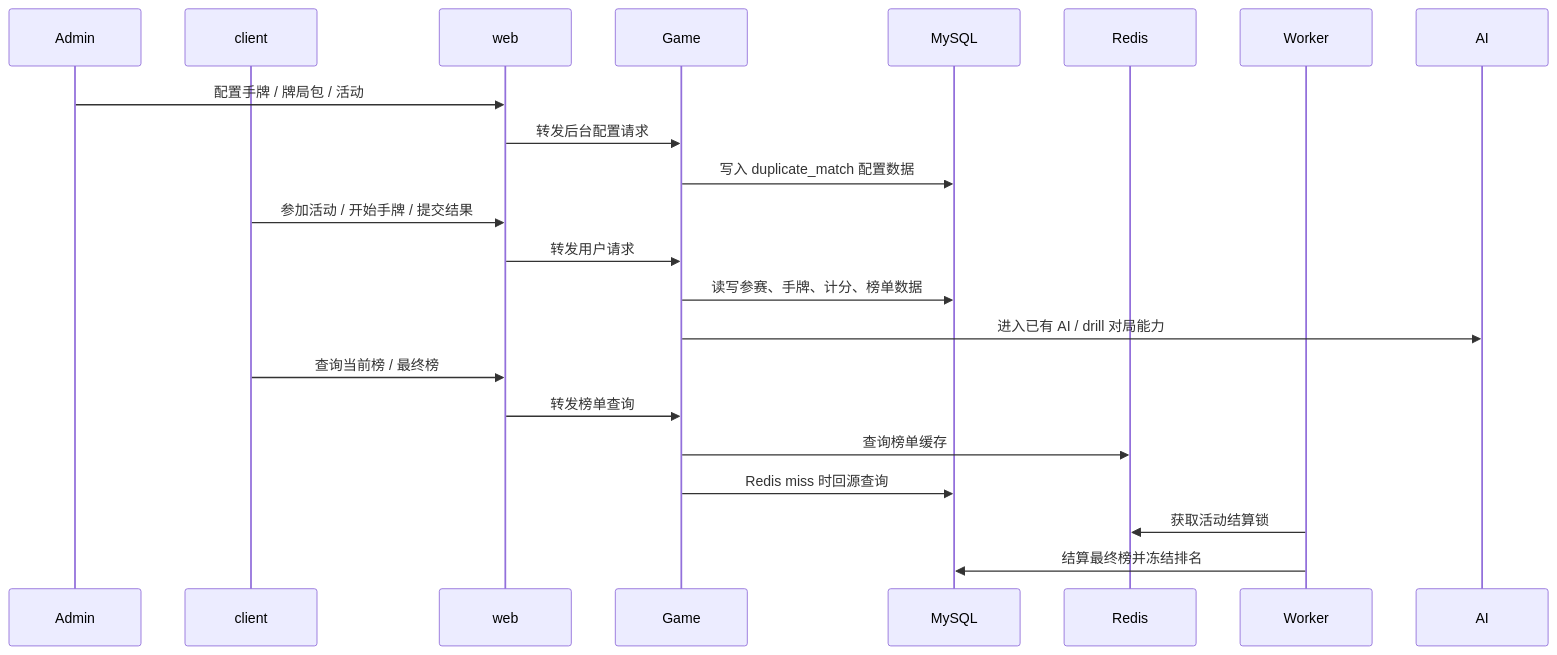
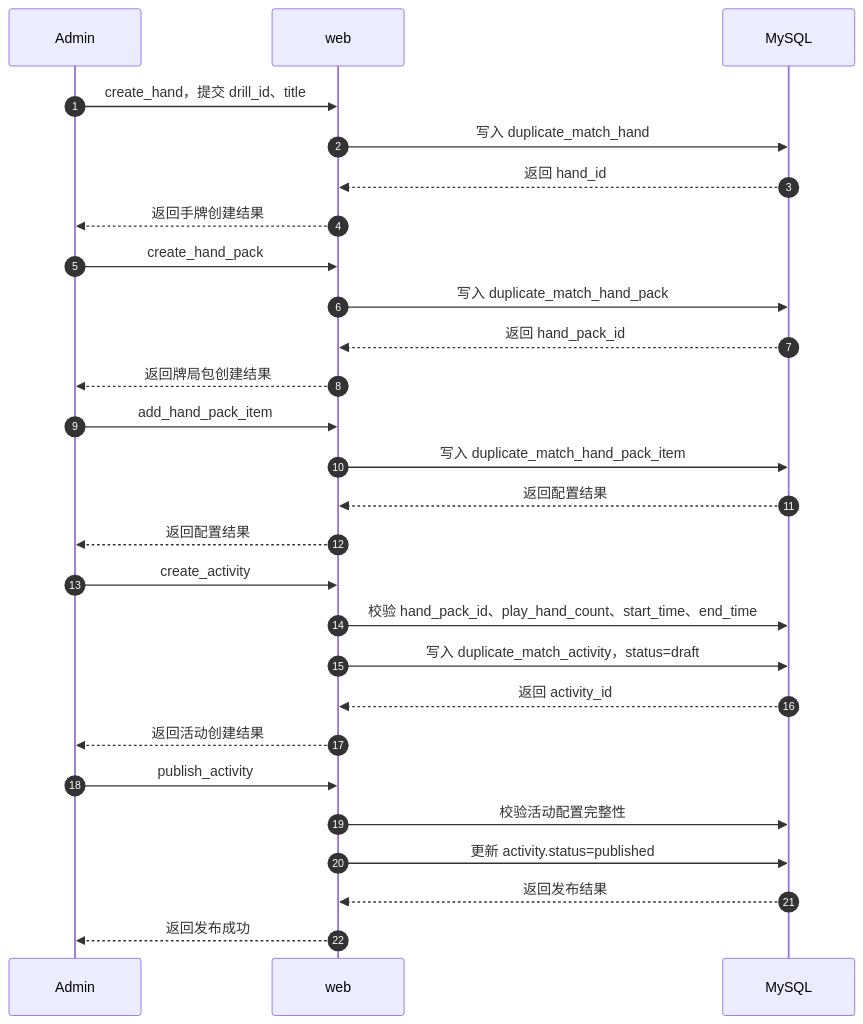
One commit to zdl20251023-pixel/agent-frame changed the second of 12 diagrams in docs/复述扑克/评审02/02-设计文档.md. Above: the diagram before and after it, drawn with Mermaid. The commit also changed other lines of this file and 1 other file, not shown here.

````diff
--- a/docs/复述扑克/评审02/02-设计文档.md
+++ b/docs/复述扑克/评审02/02-设计文档.md
@@ -41,28 +159,34 @@
 ```mermaid
 sequenceDiagram
+    autonumber
     participant Admin
-    participant client
     participant web
-    participant Game
     participant MySQL
-    participant Redis
-    participant Worker
-    participant AI
 
-    Admin->>web: 配置手牌 / 牌局包 / 活动
-    web->>Game: 转发后台配置请求
-    Game->>MySQL: 写入 duplicate_match 配置数据
+    Admin->>web: create_hand，提交 drill_id、title
+    web->>MySQL: 写入 duplicate_match_hand
+    MySQL-->>web: 返回 hand_id
+    web-->>Admin: 返回手牌创建结果
 
-    client->>web: 参加活动 / 开始手牌 / 提交结果
-    web->>Game: 转发用户请求
-    Game->>MySQL: 读写参赛、手牌、计分、榜单数据
-    Game->>AI: 进入已有 AI / drill 对局能力
+    Admin->>web: create_hand_pack
+    web->>MySQL: 写入 duplicate_match_hand_pack
+    MySQL-->>web: 返回 hand_pack_id
+    web-->>Admin: 返回牌局包创建结果
 
-    client->>web: 查询当前榜 / 最终榜
-    web->>Game: 转发榜单查询
-    Game->>Redis: 查询榜单缓存
-    Game->>MySQL: Redis miss 时回源查询
+    Admin->>web: add_hand_pack_item
+    web->>MySQL: 写入 duplicate_match_hand_pack_item
+    MySQL-->>web: 返回配置结果
+    web-->>Admin: 返回配置结果
 
-    Worker->>Redis: 获取活动结算锁
-    Worker->>MySQL: 结算最终榜并冻结排名
+    Admin->>web: create_activity
+    web->>MySQL: 校验 hand_pack_id、play_hand_count、start_time、end_time
+    web->>MySQL: 写入 duplicate_match_activity，status=draft
+    MySQL-->>web: 返回 activity_id
+    web-->>Admin: 返回活动创建结果
+
+    Admin->>web: publish_activity
+    web->>MySQL: 校验活动配置完整性
+    web->>MySQL: 更新 activity.status=published
+    MySQL-->>web: 返回发布结果
+    web-->>Admin: 返回发布成功
 ```
````
